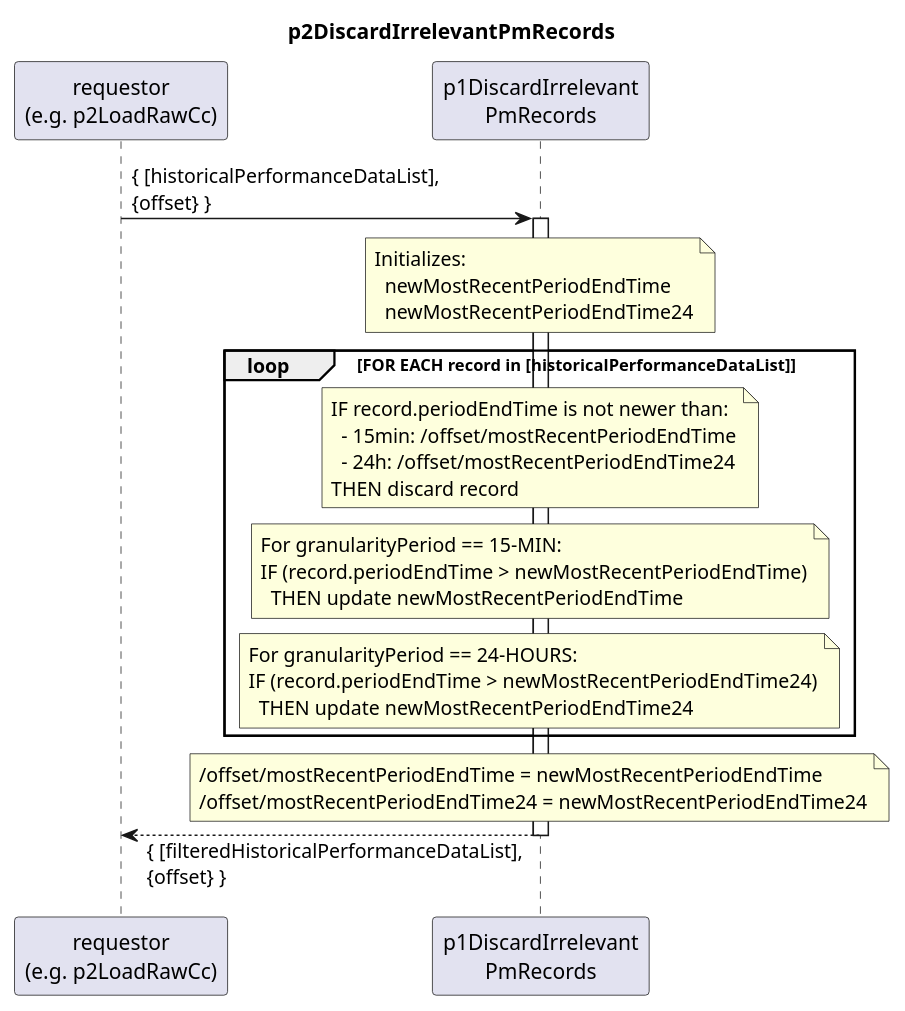
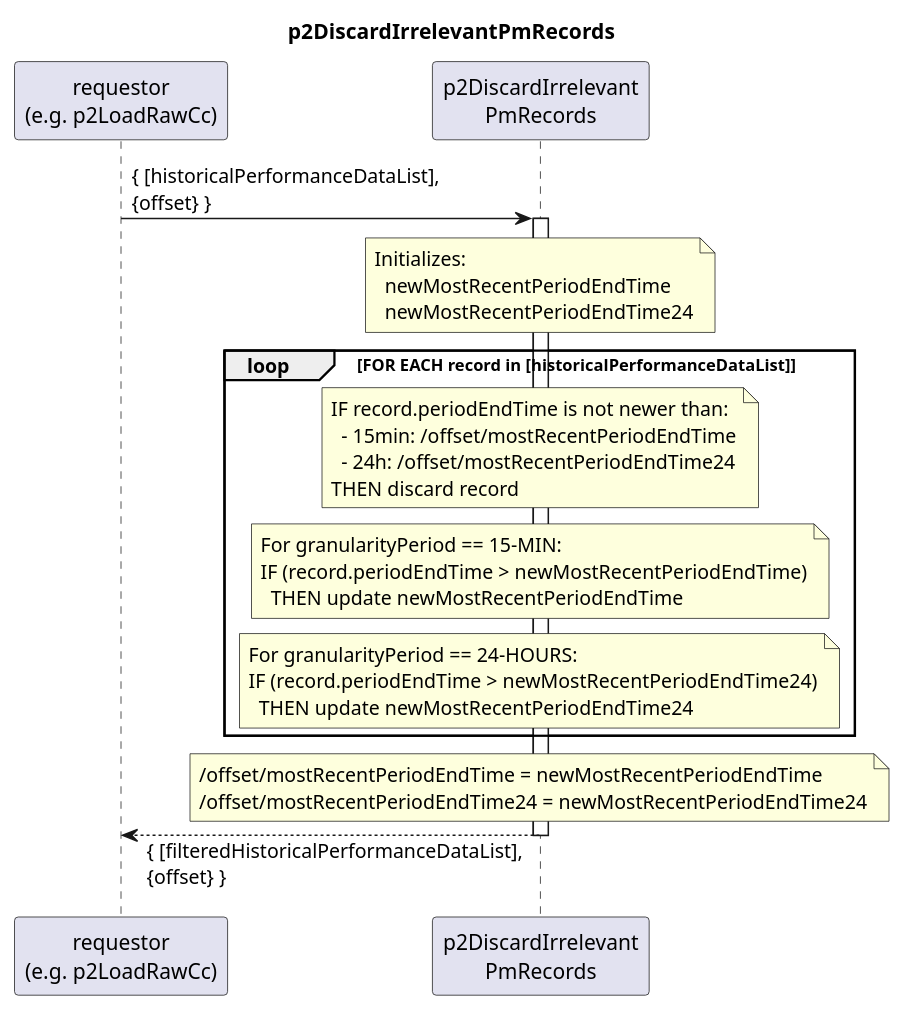
Before and after one commit to openBackhaul/DevicePerformanceManagementDataProcessor: the diagram in spec/Functions/p1StreamPmData/p2ProcessDevice/p2LoadRawCc/p2DiscardIrrelevantPmRecords/1.0.0/p2DiscardIrrelevantPmRecords.plantuml, drawn with PlantUML. The commit also changed 4 other files, not shown here.

```diff
--- a/spec/Functions/p1StreamPmData/p2ProcessDevice/p2LoadRawCc/p2DiscardIrrelevantPmRecords/1.0.0/p2DiscardIrrelevantPmRecords.plantuml
+++ b/spec/Functions/p1StreamPmData/p2ProcessDevice/p2LoadRawCc/p2DiscardIrrelevantPmRecords/1.0.0/p2DiscardIrrelevantPmRecords.plantuml
@@ -1,54 +1,54 @@
 @startuml p2DiscardIrrelevantPmRecords
 skinparam responseMessageBelowArrow true
 
 title
   p2DiscardIrrelevantPmRecords
 end title
 
 participant "requestor\n(e.g. p2LoadRawCc)" as requestor
-participant "p1DiscardIrrelevant\nPmRecords" as cur
+participant "p2DiscardIrrelevant\nPmRecords" as cur
 
 
 requestor -> cur: { [historicalPerformanceDataList],\n{offset} }
 activate cur
 
   note over cur
     Initializes:
       newMostRecentPeriodEndTime
       newMostRecentPeriodEndTime24
   end note
 
 
 loop FOR EACH record in [historicalPerformanceDataList]
 
   note over cur
     IF record.periodEndTime is not newer than:
       - 15min: /offset/mostRecentPeriodEndTime
       - 24h: /offset/mostRecentPeriodEndTime24
     THEN discard record
   end note
 
   note over cur
     For granularityPeriod == 15-MIN:
     IF (record.periodEndTime > newMostRecentPeriodEndTime)
       THEN update newMostRecentPeriodEndTime
   end note
 
   note over cur
     For granularityPeriod == 24-HOURS:
     IF (record.periodEndTime > newMostRecentPeriodEndTime24)
       THEN update newMostRecentPeriodEndTime24
   end note
 
 end loop
 
 note over cur
   /offset/mostRecentPeriodEndTime = newMostRecentPeriodEndTime
   /offset/mostRecentPeriodEndTime24 = newMostRecentPeriodEndTime24
 end note
 
 requestor <-- cur: { [filteredHistoricalPerformanceDataList],\n{offset} }
 
 deactivate cur
 
 @enduml
```
